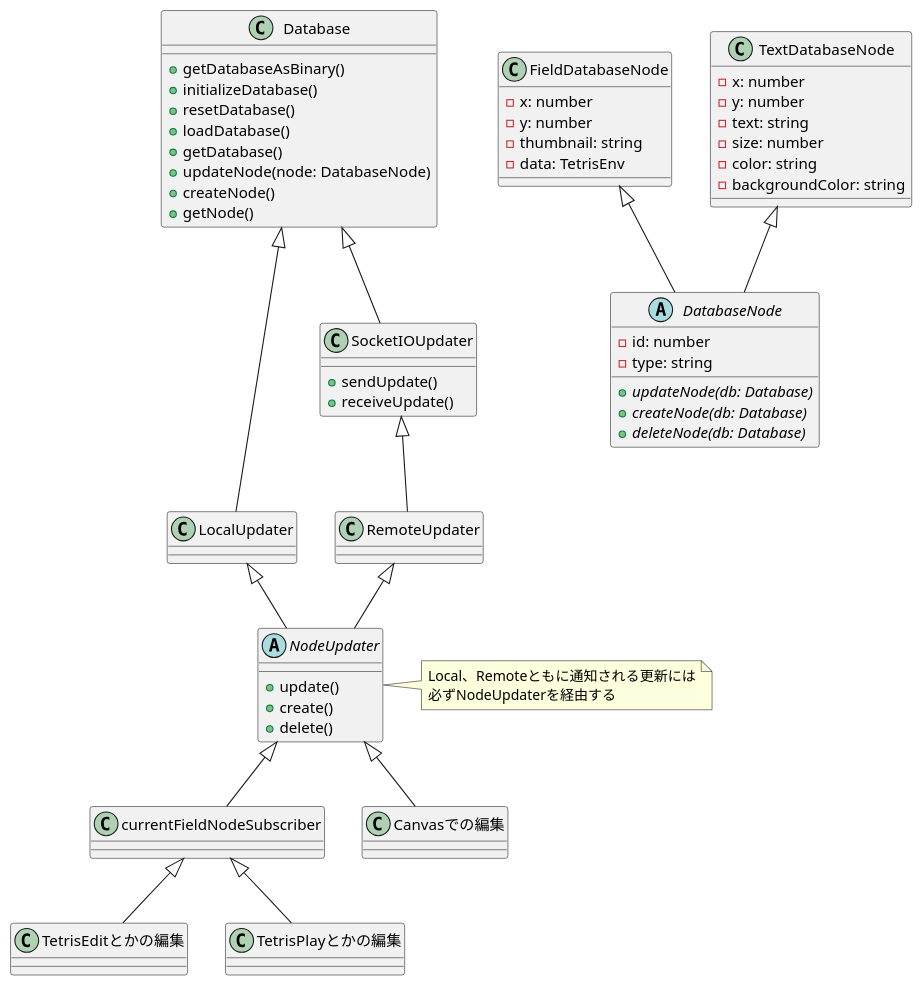
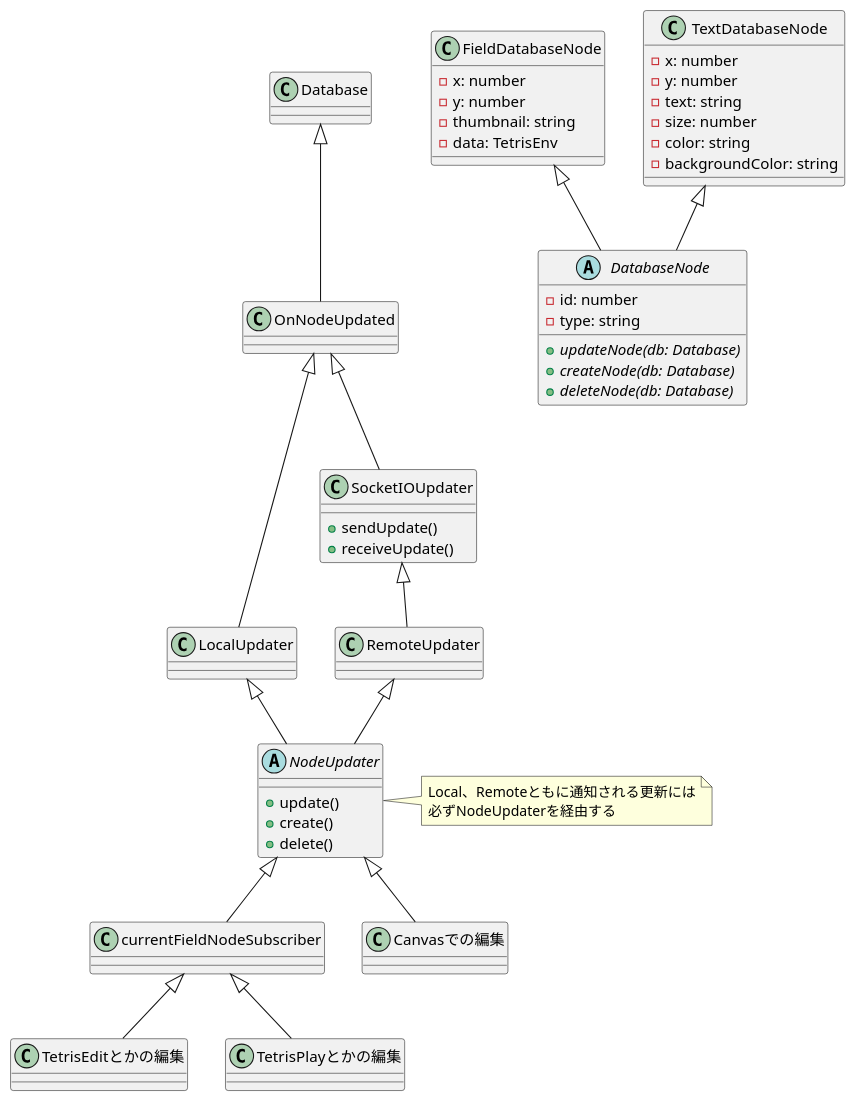
Before and after one commit to CSDotNET0211/fumen-rs: the diagram in uml/node.pu, drawn with PlantUML. The commit also changed 11 other files, not shown here.

```diff
--- a/uml/node.pu
+++ b/uml/node.pu
@@ -1,79 +1,72 @@
 @startuml a
 abstract class DatabaseNode {
     - id: number
     - type: string
     {abstract} +updateNode(db: Database)
     {abstract} +createNode(db: Database)
     {abstract} +deleteNode(db: Database)
 }
 
 class FieldDatabaseNode {
     - x: number
     - y: number
     - thumbnail: string
     - data: TetrisEnv
 }
 
 class TextDatabaseNode {
     - x: number
     - y: number
     - text: string
     - size: number
     - color: string
     - backgroundColor: string
 }
 
 
-class Database {
-    +getDatabaseAsBinary()
-    +initializeDatabase()
-    +resetDatabase()
-    +loadDatabase()
-    +getDatabase()
-    +updateNode(node: DatabaseNode)
-    +createNode()
-    +getNode()
-}
 
 abstract class NodeUpdater {
 	+update()
 	+create()
 	+delete()
 }
 class LocalUpdater {
 }
 
 class RemoteUpdater{
 }
 
 class SocketIOUpdater {
 	+sendUpdate()
 	+receiveUpdate()
 }
 
 SocketIOUpdater <|-- RemoteUpdater
-Database <|-- SocketIOUpdater
-Database <|-- LocalUpdater
+OnNodeUpdated <|-- SocketIOUpdater
+
+
+Database <|-- OnNodeUpdated
+OnNodeUpdated <|-- LocalUpdater
 
 LocalUpdater <|-- NodeUpdater
 RemoteUpdater <|-- NodeUpdater
 
 
  FieldDatabaseNode    <|-- DatabaseNode
  TextDatabaseNode    <|-- DatabaseNode
  
 currentFieldNodeSubscriber <|-- TetrisEditとかの編集
 currentFieldNodeSubscriber <|-- TetrisPlayとかの編集
 
 NodeUpdater <|-- Canvasでの編集
 
 NodeUpdater <|-- currentFieldNodeSubscriber
 
 
 note right of NodeUpdater
 Local、Remoteともに通知される更新には
 必ずNodeUpdaterを経由する
 end note
 
 
 @enduml
```
